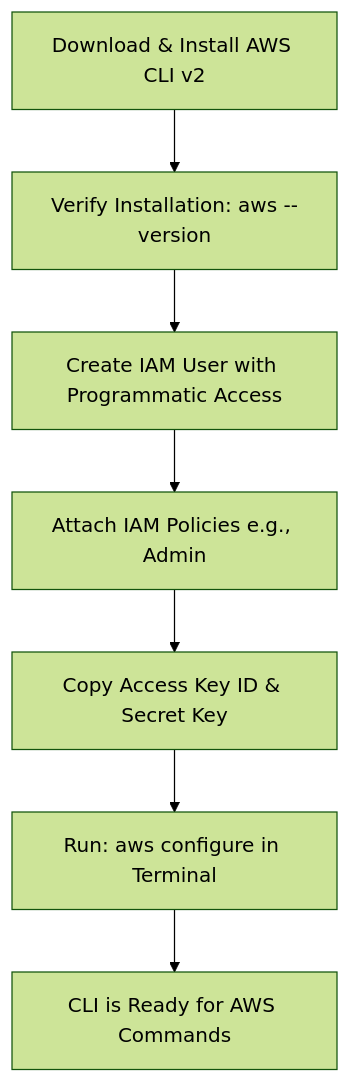
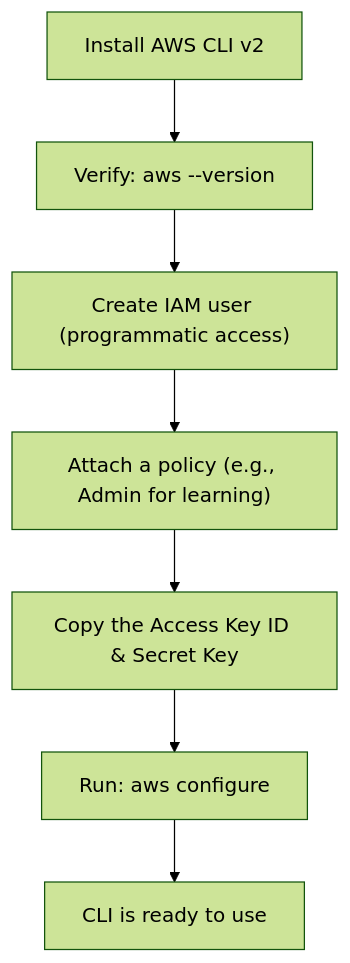
One commit to nirajp82/KubernetesWithAmazon_EKS_Fargate_DevOps changed the diagram in sections/02_EKS_Basics/04_AWS_CLI_Installation_and_Configuration.md. Above: the diagram before and after it, drawn with Mermaid (forest theme). The commit also changed other lines of this file and 11 other files, not shown here.

````diff
--- a/sections/02_EKS_Basics/04_AWS_CLI_Installation_and_Configuration.md
+++ b/sections/02_EKS_Basics/04_AWS_CLI_Installation_and_Configuration.md
@@ -38,10 +36,9 @@
 ```mermaid
 flowchart TD
-    A["Download & Install AWS CLI v2"] --> B["Verify Installation: aws --version"]
-    B --> C["Create IAM User with Programmatic Access"]
-    C --> D["Attach IAM Policies e.g., Admin"]
-    D --> E["Copy Access Key ID & Secret Key"]
-    E --> F["Run: aws configure in Terminal"]
-    F --> G["CLI is Ready for AWS Commands"]
-
+    A["Install AWS CLI v2"] --> B["Verify: aws --version"]
+    B --> C["Create IAM user (programmatic access)"]
+    C --> D["Attach a policy (e.g., Admin for learning)"]
+    D --> E["Copy the Access Key ID & Secret Key"]
+    E --> F["Run: aws configure"]
+    F --> G["CLI is ready to use"]
 ```
````
